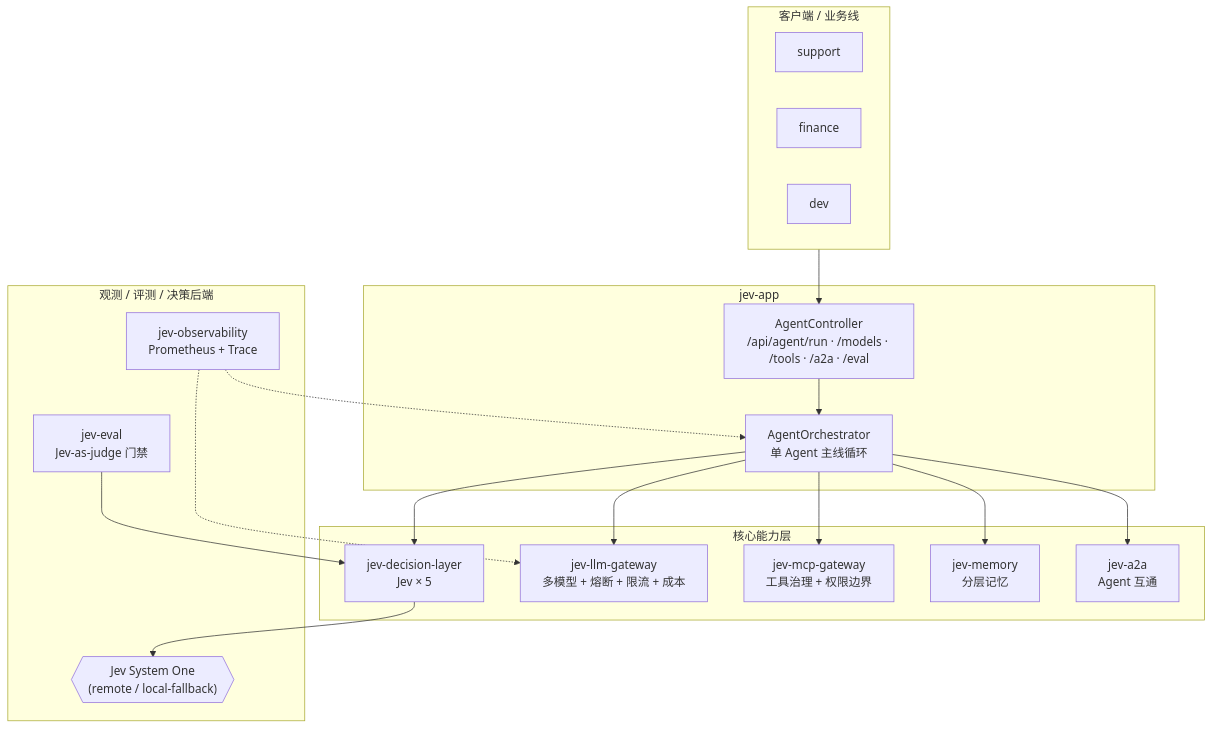
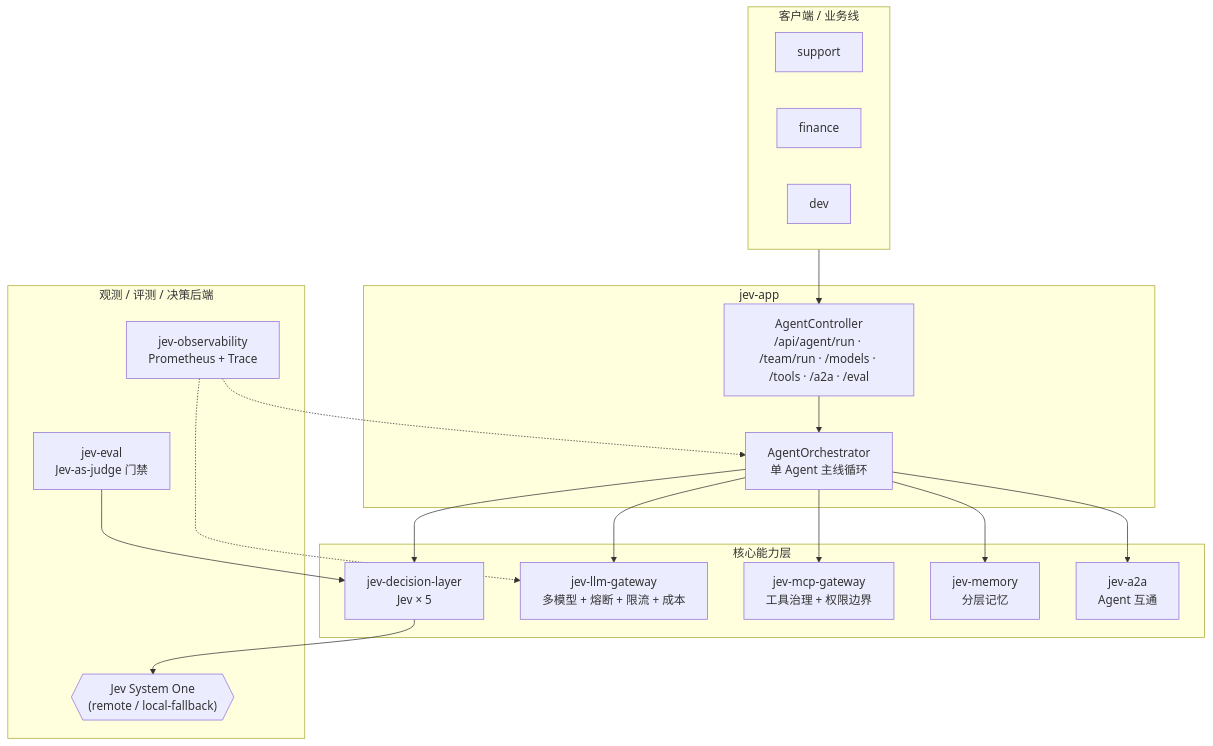
One commit to zhu1j/JevAgentRuntime changed the second of 2 diagrams in README.md. Above: the diagram before and after it, drawn with Mermaid. The commit also changed other lines of this file and 2 other files, not shown here.

First line of the commit message:
docs: add ADR-003 and document team pipeline

````diff
--- a/README.md
+++ b/README.md
@@ -121,38 +121,38 @@
 ```mermaid
 flowchart TB
     subgraph Client["客户端 / 业务线"]
         C1[support]
         C2[finance]
         C3[dev]
     end
 
     subgraph App["jev-app"]
-        AC["AgentController<br/>/api/agent/run · /models · /tools · /a2a · /eval"]
+        AC["AgentController<br/>/api/agent/run · /team/run · /models · /tools · /a2a · /eval"]
         AO["AgentOrchestrator<br/>单 Agent 主线循环"]
     end
 
     subgraph Core["核心能力层"]
         DL["jev-decision-layer<br/>Jev × 5"]
         LG["jev-llm-gateway<br/>多模型 + 熔断 + 限流 + 成本"]
         MG["jev-mcp-gateway<br/>工具治理 + 权限边界"]
         MEM["jev-memory<br/>分层记忆"]
         A2A["jev-a2a<br/>Agent 互通"]
     end
 
     subgraph Infra["观测 / 评测 / 决策后端"]
         OBS["jev-observability<br/>Prometheus + Trace"]
         EVAL["jev-eval<br/>Jev-as-judge 门禁"]
         JEV{{"Jev System One<br/>(remote / local-fallback)"}}
     end
 
     Client --> AC --> AO
     AO --> DL
     AO --> LG
     AO --> MG
     AO --> MEM
     AO --> A2A
     DL --> JEV
     OBS -.-> AO
     OBS -.-> LG
     EVAL --> DL
 ```
````
